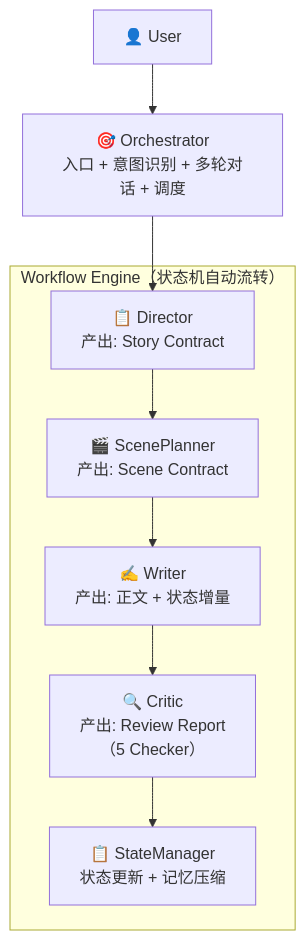
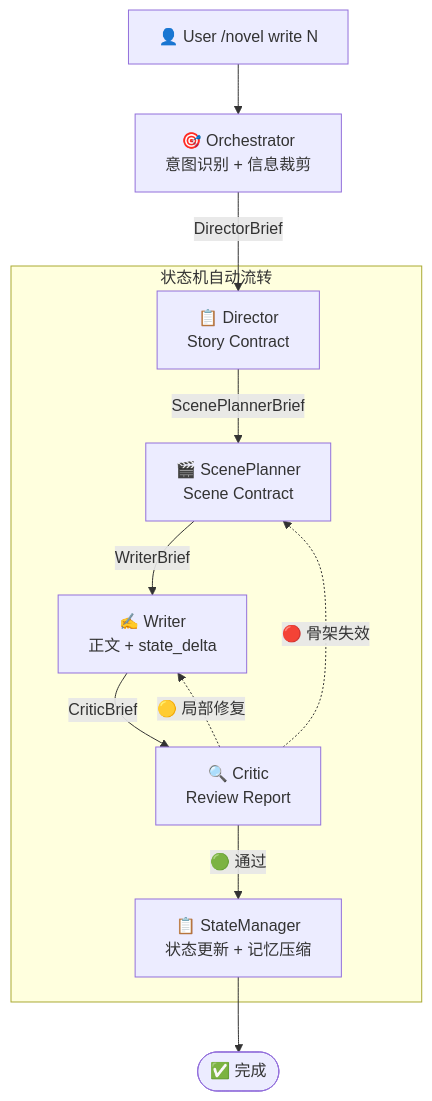
Before and after one commit to deathwhispers/novel-studio: the diagram in README.md, drawn with Mermaid. The commit also changed other lines of this file and 10 other files, not shown here.

````diff
--- a/README.md
+++ b/README.md
@@ -20,21 +9,24 @@
 ```mermaid
 flowchart TD
-    User["👤 User"]
-    Orchestrator["🎯 Orchestrator<br/>入口 + 意图识别 + 多轮对话 + 调度"]
+    User["👤 User /novel write N"]
+    Orchestrator["🎯 Orchestrator<br/>意图识别 + 信息裁剪"]
 
     User --> Orchestrator
 
-    subgraph Pipeline["Workflow Engine（状态机自动流转）"]
-        Director["📋 Director<br/>产出: Story Contract"]
-        ScenePlanner["🎬 ScenePlanner<br/>产出: Scene Contract"]
-        Writer["✍️ Writer<br/>产出: 正文 + 状态增量"]
-        Critic["🔍 Critic<br/>产出: Review Report<br/>（5 Checker）"]
+    subgraph Pipeline["状态机自动流转"]
+        Director["📋 Director<br/>Story Contract"]
+        ScenePlanner["🎬 ScenePlanner<br/>Scene Contract"]
+        Writer["✍️ Writer<br/>正文 + state_delta"]
+        Critic["🔍 Critic<br/>Review Report"]
         StateManager["📋 StateManager<br/>状态更新 + 记忆压缩"]
     end
 
-    Orchestrator --> Director
-    Director --> ScenePlanner
-    ScenePlanner --> Writer
-    Writer --> Critic
-    Critic --> StateManager
+    Orchestrator -->|"DirectorBrief"| Director
+    Director -->|"ScenePlannerBrief"| ScenePlanner
+    ScenePlanner -->|"WriterBrief"| Writer
+    Writer -->|"CriticBrief"| Critic
+    Critic -->|"🟢 通过"| StateManager
+    Critic -.->|"🟡 局部修复"| Writer
+    Critic -.->|"🔴 骨架失效"| ScenePlanner
+    StateManager --> Done(["✅ 完成"])
 ```
````
